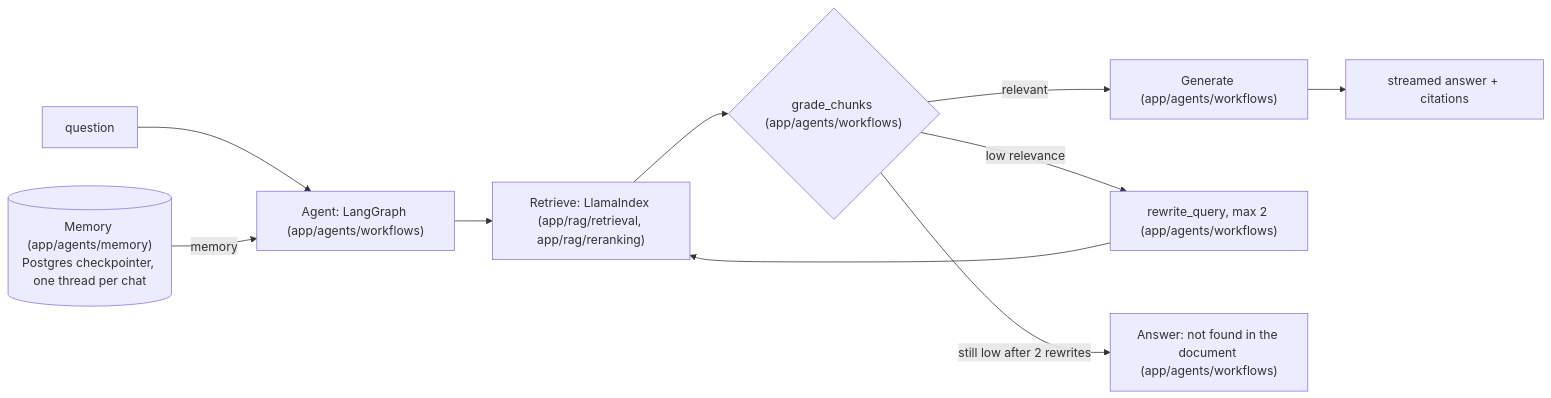
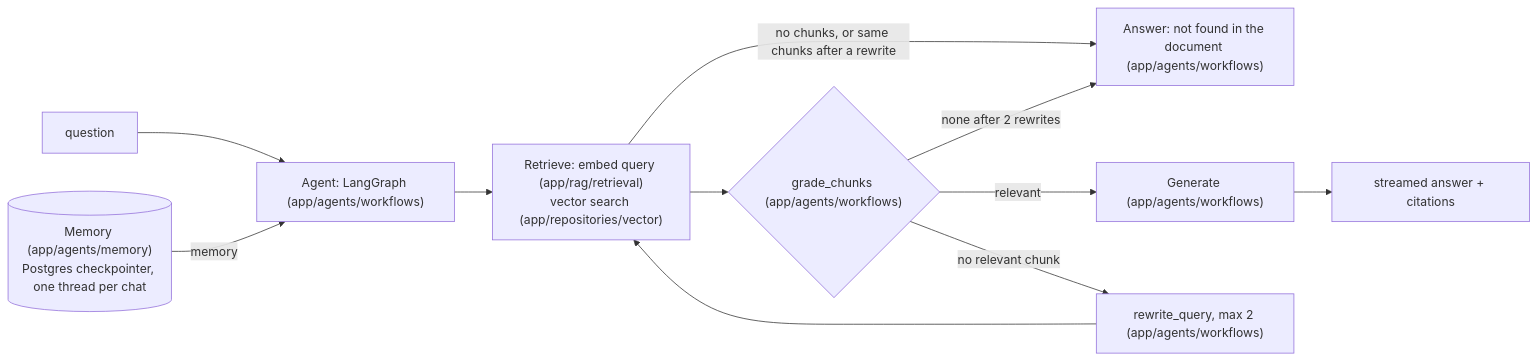
The fourth of 5 diagrams in docs/architecture/diagrams.md (JosephSuyam/ragidy), drawn with Mermaid before and after one commit. The commit also changed other lines of this file and 5 other files, not shown here.

Commit message:
docs(docs): document retrieval and lessons

````diff
--- a/docs/architecture/diagrams.md
+++ b/docs/architecture/diagrams.md
@@ -103,12 +103,13 @@
 ```mermaid
 flowchart LR
   q["question"] --> agent["Agent: LangGraph (app/agents/workflows)"]
   mem[("Memory (app/agents/memory)<br/>Postgres checkpointer, one thread per chat")] -->|"memory"| agent
-  agent --> retrieve["Retrieve: LlamaIndex (app/rag/retrieval, app/rag/reranking)"]
+  agent --> retrieve["Retrieve: embed query (app/rag/retrieval)<br/>vector search (app/repositories/vector)"]
   retrieve --> grade{"grade_chunks (app/agents/workflows)"}
+  retrieve -->|"no chunks, or same chunks after a rewrite"| notfound
   grade -->|"relevant"| generate["Generate (app/agents/workflows)"]
-  grade -->|"low relevance"| rewrite["rewrite_query, max 2 (app/agents/workflows)"]
+  grade -->|"no relevant chunk"| rewrite["rewrite_query, max 2 (app/agents/workflows)"]
   rewrite --> retrieve
-  grade -->|"still low after 2 rewrites"| notfound["Answer: not found in the document (app/agents/workflows)"]
+  grade -->|"none after 2 rewrites"| notfound["Answer: not found in the document (app/agents/workflows)"]
   generate --> out["streamed answer + citations"]
 ```
````
